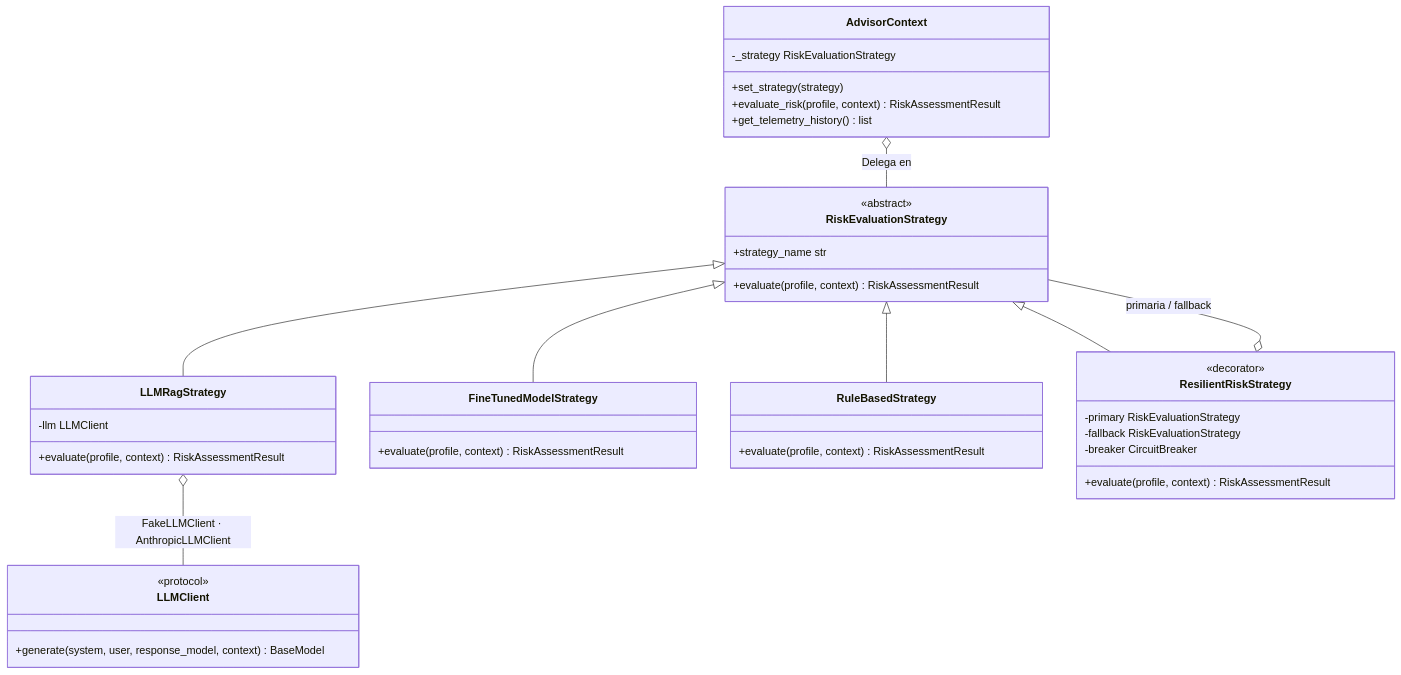
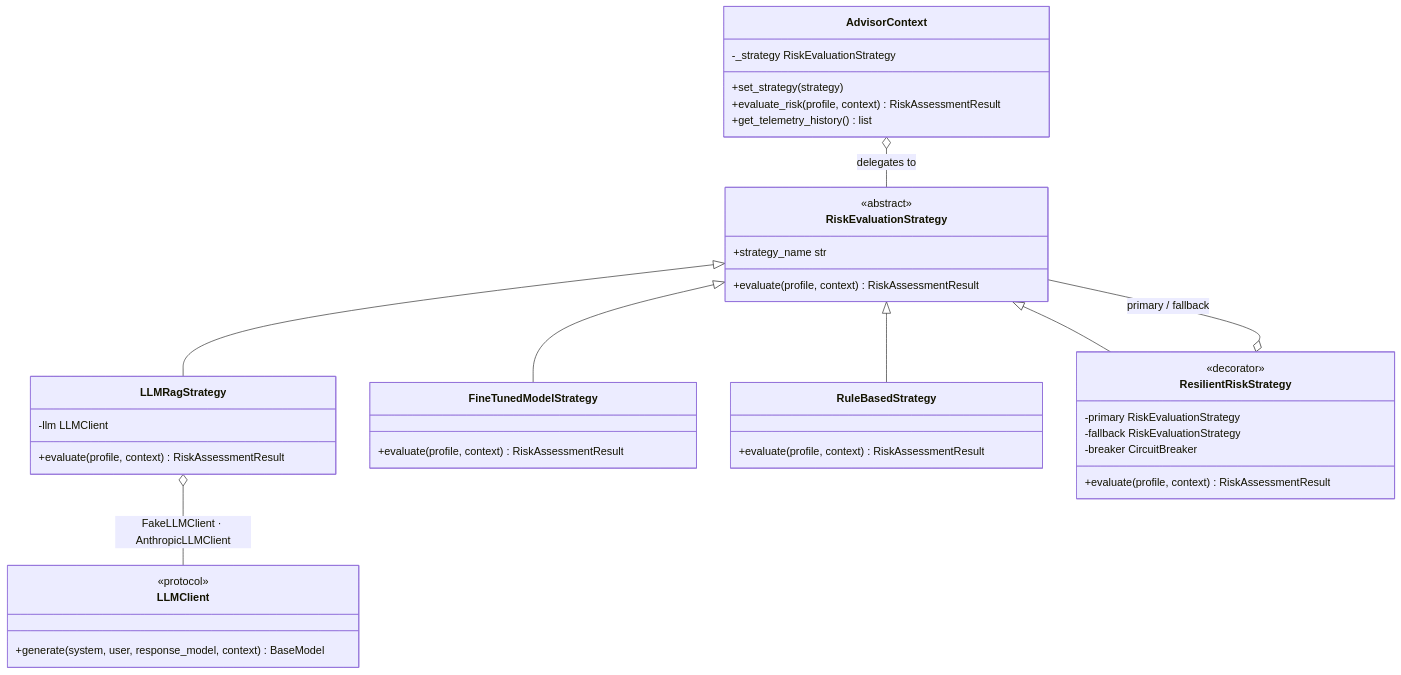
The third of 5 diagrams in docs/architecture-design.md (ggonzalez36/AI-Advisor), drawn with Mermaid before and after one commit. The commit also changed other lines of this file and 50 other files, not shown here.

First line of the commit message:
docs: translate the repository to English and add architecture guides

````diff
--- a/docs/architecture-design.md
+++ b/docs/architecture-design.md
@@ -172,51 +173,51 @@
 ```mermaid
 classDiagram
     direction TB
 
     class AdvisorContext {
         -_strategy RiskEvaluationStrategy
         +set_strategy(strategy)
         +evaluate_risk(profile, context) RiskAssessmentResult
         +get_telemetry_history() list
     }
 
     class RiskEvaluationStrategy {
         <<abstract>>
         +evaluate(profile, context) RiskAssessmentResult
         +strategy_name str
     }
 
     class LLMRagStrategy {
         -llm LLMClient
         +evaluate(profile, context) RiskAssessmentResult
     }
 
     class FineTunedModelStrategy {
         +evaluate(profile, context) RiskAssessmentResult
     }
 
     class RuleBasedStrategy {
         +evaluate(profile, context) RiskAssessmentResult
     }
 
     class ResilientRiskStrategy {
         <<decorator>>
         -primary RiskEvaluationStrategy
         -fallback RiskEvaluationStrategy
         -breaker CircuitBreaker
         +evaluate(profile, context) RiskAssessmentResult
     }
 
     class LLMClient {
         <<protocol>>
         +generate(system, user, response_model, context) BaseModel
     }
 
-    AdvisorContext o-- RiskEvaluationStrategy : Delega en
+    AdvisorContext o-- RiskEvaluationStrategy : delegates to
     RiskEvaluationStrategy <|-- LLMRagStrategy
     RiskEvaluationStrategy <|-- FineTunedModelStrategy
     RiskEvaluationStrategy <|-- RuleBasedStrategy
     RiskEvaluationStrategy <|-- ResilientRiskStrategy
-    ResilientRiskStrategy o-- RiskEvaluationStrategy : primaria / fallback
+    ResilientRiskStrategy o-- RiskEvaluationStrategy : primary / fallback
     LLMRagStrategy o-- LLMClient : FakeLLMClient · AnthropicLLMClient
 ```
````
